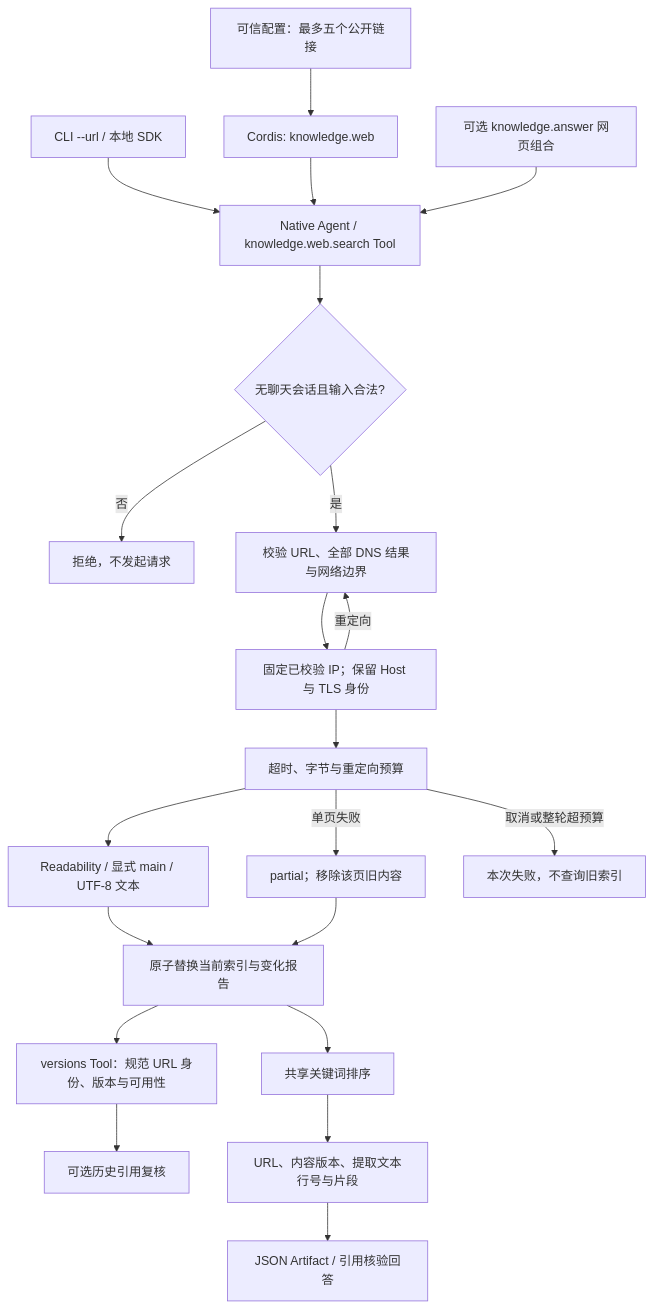
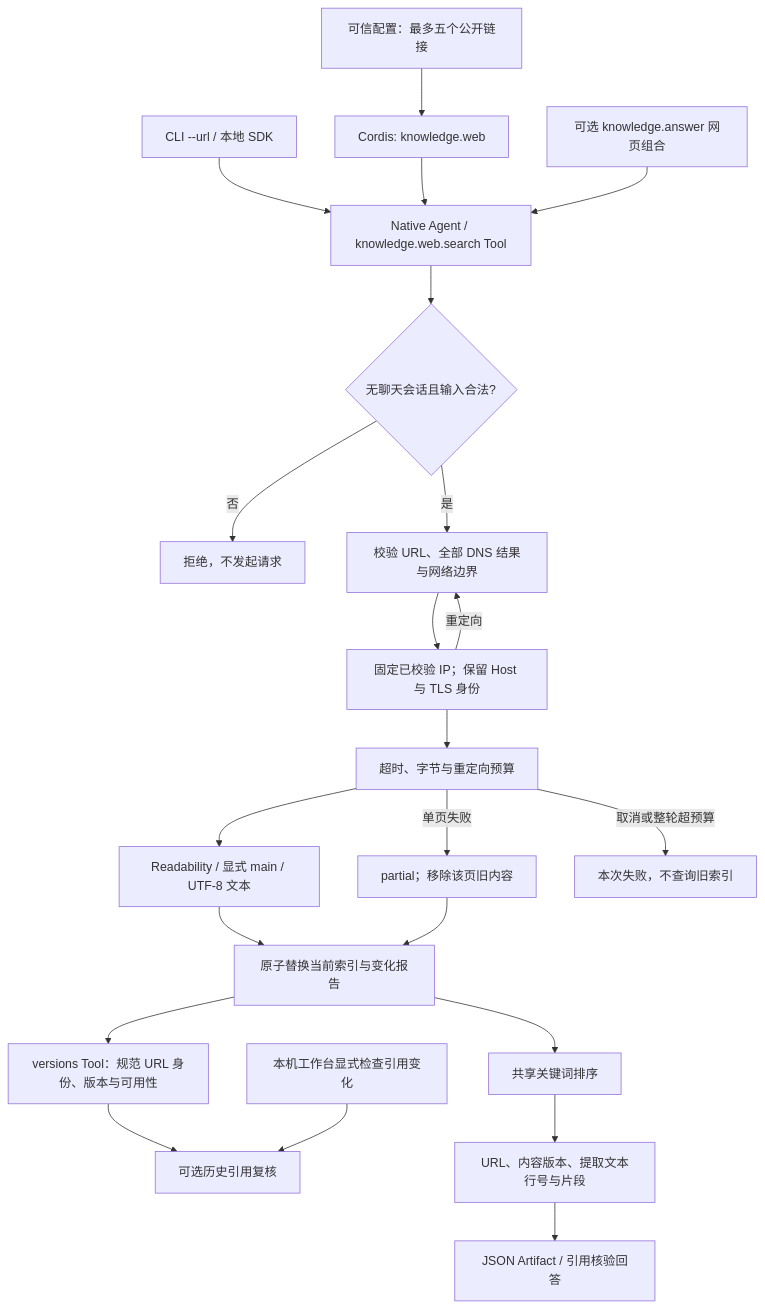
Before and after one commit to KlayPeter/AI-Delivery-Ops-Agent: the diagram in backend/src/knowledge/web/FEATURE.md, drawn with Mermaid. The commit also changed other lines of this file and 34 other files, not shown here.

````diff
--- a/backend/src/knowledge/web/FEATURE.md
+++ b/backend/src/knowledge/web/FEATURE.md
@@ -22,23 +22,24 @@
 ```mermaid
 flowchart TD
     C[可信配置：最多五个公开链接] --> P[Cordis: knowledge.web]
     U[CLI --url / 本地 SDK] --> N[Native Agent / knowledge.web.search Tool]
     P --> N
     A[可选 knowledge.answer 网页组合] --> N
     N --> S{无聊天会话且输入合法?}
     S -- 否 --> X[拒绝，不发起请求]
     S -- 是 --> V[校验 URL、全部 DNS 结果与网络边界]
     V --> H[固定已校验 IP；保留 Host 与 TLS 身份]
     H -- 重定向 --> V
     H --> B[超时、字节与重定向预算]
     B --> E[Readability / 显式 main / UTF-8 文本]
     E --> I[原子替换当前索引与变化报告]
     B -- 单页失败 --> F[partial；移除该页旧内容]
     F --> I
     B -- 取消或整轮超预算 --> Z[本次失败，不查询旧索引]
     I --> VT[versions Tool：规范 URL 身份、版本与可用性]
     VT --> IC[可选历史引用复核]
+    UI[本机工作台显式检查引用变化] --> IC
     I --> Q[共享关键词排序]
     Q --> R[URL、内容版本、提取文本行号与片段]
     R --> O[JSON Artifact / 引用核验回答]
 ```
````
